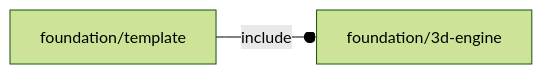
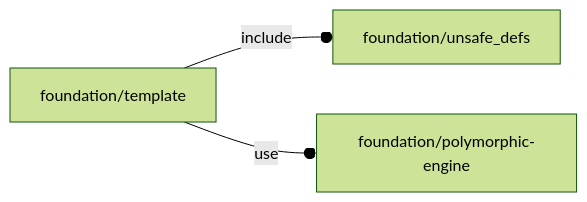
One commit to ggabbiani/OFL changed the diagram in orthodocs/foundation/template.md. Above: the diagram before and after it, drawn with Mermaid (forest theme). The commit also changed other lines of this file and 12 other files, not shown here.

````diff
--- a/orthodocs/foundation/template.md
+++ b/orthodocs/foundation/template.md
@@ -5,4 +5,5 @@
 ```mermaid
 graph LR
-    A1[foundation/template] --o|include| A2[foundation/3d-engine]
+    A1[foundation/template] --o|include| A2[foundation/unsafe_defs]
+    A1 --o|use| A3[foundation/polymorphic-engine]
 ```
````
